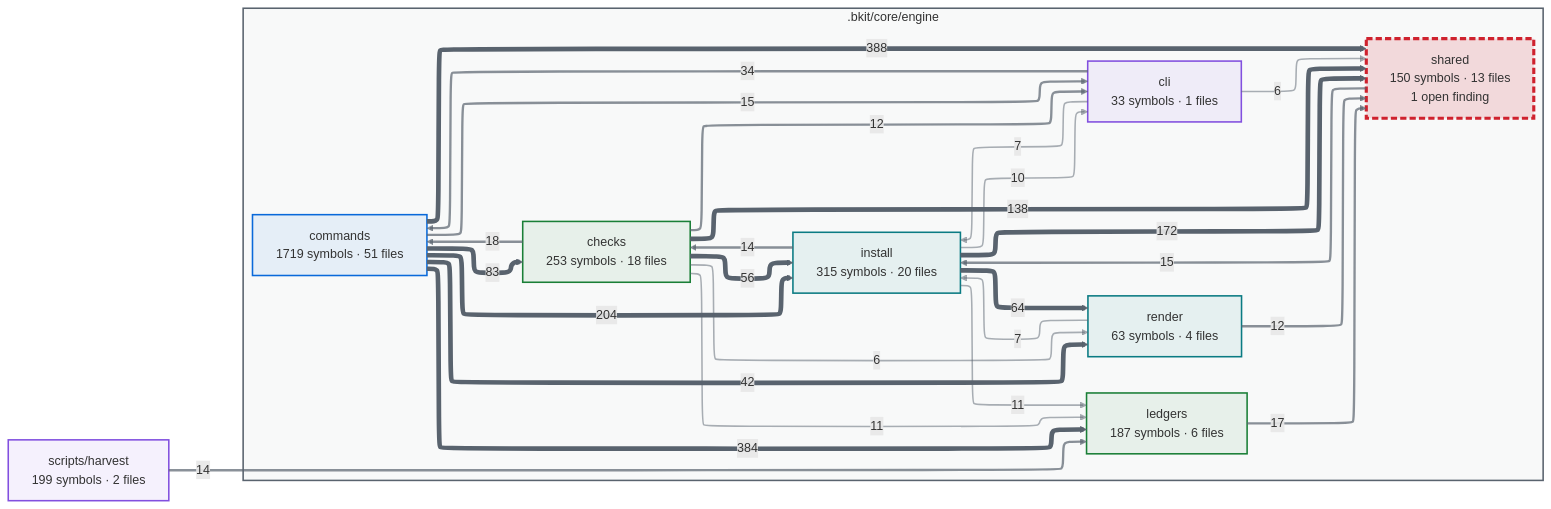
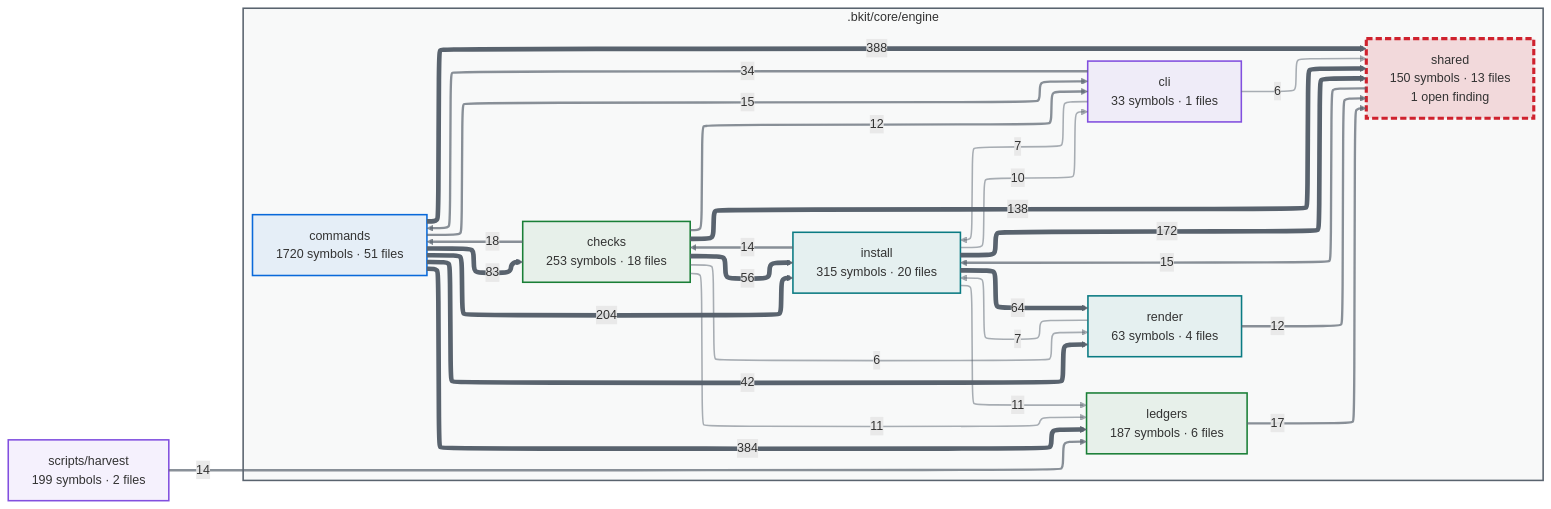
The first of 2 diagrams in docs/capabilities.md (cbartens/bkit), drawn with Mermaid before and after one commit. The commit also changed other lines of this file and 11 other files, not shown here.

````diff
--- a/docs/capabilities.md
+++ b/docs/capabilities.md
@@ -154,80 +154,80 @@
 ```mermaid
 ---
 config:
   layout: elk
   themeCSS: "marker { overflow: visible; } marker path { transform: scale(1.8); transform-origin: 5px 5px; }"
   flowchart:
     useMaxWidth: false
 ---
 flowchart LR
   %% Generated by bkit-graphify-rollup.py — do not edit
   subgraph gn_bkit_core_engine[".bkit/core/engine"]
     n_bkit_core_engine_checks["checks<br/>253 symbols · 18 files"]
     n_bkit_core_engine_cli["cli<br/>33 symbols · 1 files"]
-    n_bkit_core_engine_commands["commands<br/>1719 symbols · 51 files"]
+    n_bkit_core_engine_commands["commands<br/>1720 symbols · 51 files"]
     n_bkit_core_engine_install["install<br/>315 symbols · 20 files"]
     n_bkit_core_engine_ledgers["ledgers<br/>187 symbols · 6 files"]
     n_bkit_core_engine_render["render<br/>63 symbols · 4 files"]
     n_bkit_core_engine_shared["shared<br/>150 symbols · 13 files<br/>1 open finding"]
   end
   nscripts_harvest["scripts/harvest<br/>199 symbols · 2 files"]
   n_bkit_core_engine_commands -->|388| n_bkit_core_engine_shared
   n_bkit_core_engine_commands -->|384| n_bkit_core_engine_ledgers
   n_bkit_core_engine_commands -->|204| n_bkit_core_engine_install
   n_bkit_core_engine_install -->|172| n_bkit_core_engine_shared
   n_bkit_core_engine_checks -->|138| n_bkit_core_engine_shared
   n_bkit_core_engine_commands -->|83| n_bkit_core_engine_checks
   n_bkit_core_engine_install -->|64| n_bkit_core_engine_render
   n_bkit_core_engine_checks -->|56| n_bkit_core_engine_install
   n_bkit_core_engine_commands -->|42| n_bkit_core_engine_render
   n_bkit_core_engine_cli -->|34| n_bkit_core_engine_commands
   n_bkit_core_engine_checks -->|18| n_bkit_core_engine_commands
   n_bkit_core_engine_ledgers -->|17| n_bkit_core_engine_shared
   n_bkit_core_engine_shared -->|15| n_bkit_core_engine_install
   n_bkit_core_engine_commands -->|15| n_bkit_core_engine_cli
   n_bkit_core_engine_install -->|14| n_bkit_core_engine_checks
   nscripts_harvest -->|14| n_bkit_core_engine_ledgers
   n_bkit_core_engine_checks -->|12| n_bkit_core_engine_cli
   n_bkit_core_engine_render -->|12| n_bkit_core_engine_shared
   n_bkit_core_engine_checks -->|11| n_bkit_core_engine_ledgers
   n_bkit_core_engine_install -->|11| n_bkit_core_engine_ledgers
   n_bkit_core_engine_install -->|10| n_bkit_core_engine_cli
   n_bkit_core_engine_cli -->|7| n_bkit_core_engine_install
   n_bkit_core_engine_render -->|7| n_bkit_core_engine_install
   n_bkit_core_engine_checks -->|6| n_bkit_core_engine_render
   n_bkit_core_engine_cli -->|6| n_bkit_core_engine_shared
   style gn_bkit_core_engine fill:#59636e0a,stroke:#59636e,stroke-width:2px
   style n_bkit_core_engine_checks stroke:#1a7f37,stroke-width:2px,fill:#1a7f3714
   style n_bkit_core_engine_cli stroke:#8250df,stroke-width:2px,fill:#8250df14
   style n_bkit_core_engine_commands stroke:#0969da,stroke-width:2px,fill:#0969da14
   style n_bkit_core_engine_install stroke:#0a7b83,stroke-width:2px,fill:#0a7b8314
   style n_bkit_core_engine_ledgers stroke:#1a7f37,stroke-width:2px,fill:#1a7f3714
   style n_bkit_core_engine_render stroke:#0a7b83,stroke-width:2px,fill:#0a7b8314
   style n_bkit_core_engine_shared stroke:#cf222e,stroke-width:4px,stroke-dasharray:8 4,fill:#cf222e26
   style nscripts_harvest stroke:#8250df,stroke-width:2px,fill:#8250df14
   linkStyle 0 stroke:#59636e,stroke-width:6px
   linkStyle 1 stroke:#59636e,stroke-width:6px
   linkStyle 2 stroke:#59636e,stroke-width:6px
   linkStyle 3 stroke:#59636e,stroke-width:6px
   linkStyle 4 stroke:#59636e,stroke-width:6px
   linkStyle 5 stroke:#59636e,stroke-width:6px
   linkStyle 6 stroke:#59636e,stroke-width:6px
   linkStyle 7 stroke:#59636e,stroke-width:6px
   linkStyle 8 stroke:#59636e,stroke-width:6px
   linkStyle 9 stroke:#59636eb3,stroke-width:3px
   linkStyle 10 stroke:#59636eb3,stroke-width:3px
   linkStyle 11 stroke:#59636eb3,stroke-width:3px
   linkStyle 12 stroke:#59636eb3,stroke-width:3px
   linkStyle 13 stroke:#59636eb3,stroke-width:3px
   linkStyle 14 stroke:#59636eb3,stroke-width:3px
   linkStyle 15 stroke:#59636eb3,stroke-width:3px
   linkStyle 16 stroke:#59636eb3,stroke-width:3px
   linkStyle 17 stroke:#59636eb3,stroke-width:3px
   linkStyle 18 stroke:#59636e80,stroke-width:2px
   linkStyle 19 stroke:#59636e80,stroke-width:2px
   linkStyle 20 stroke:#59636e80,stroke-width:2px
   linkStyle 21 stroke:#59636e80,stroke-width:2px
   linkStyle 22 stroke:#59636e80,stroke-width:2px
   linkStyle 23 stroke:#59636e80,stroke-width:2px
   linkStyle 24 stroke:#59636e80,stroke-width:2px
 ```
````
